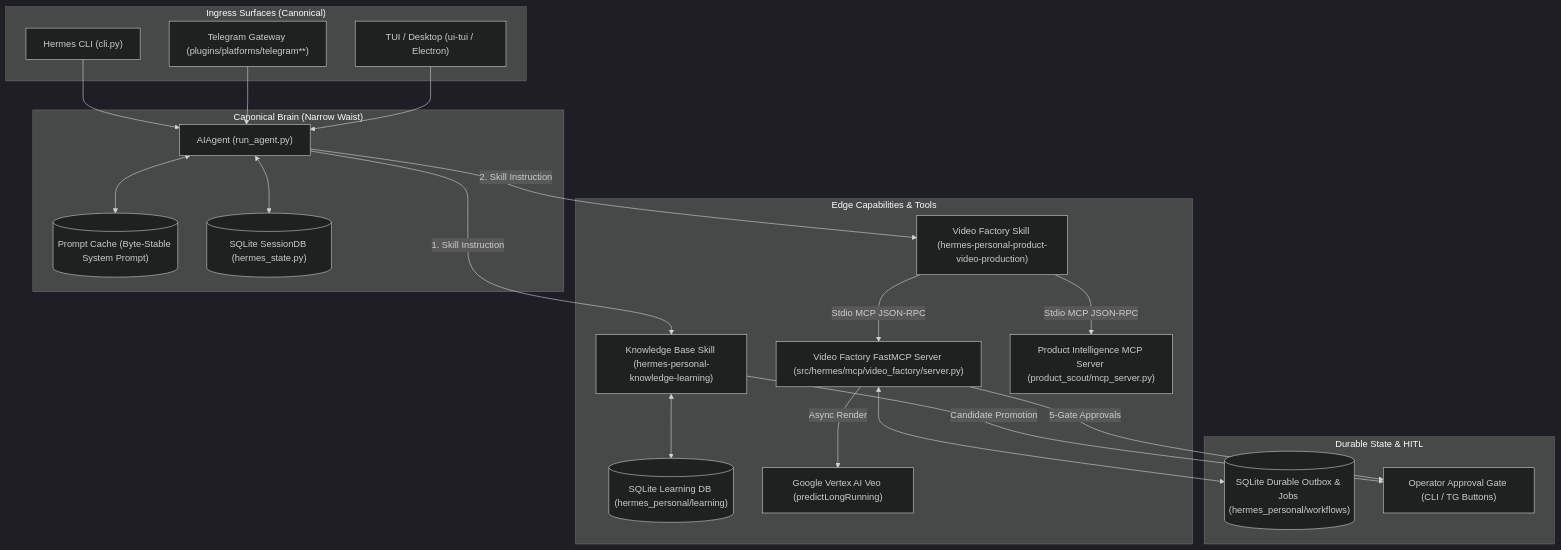
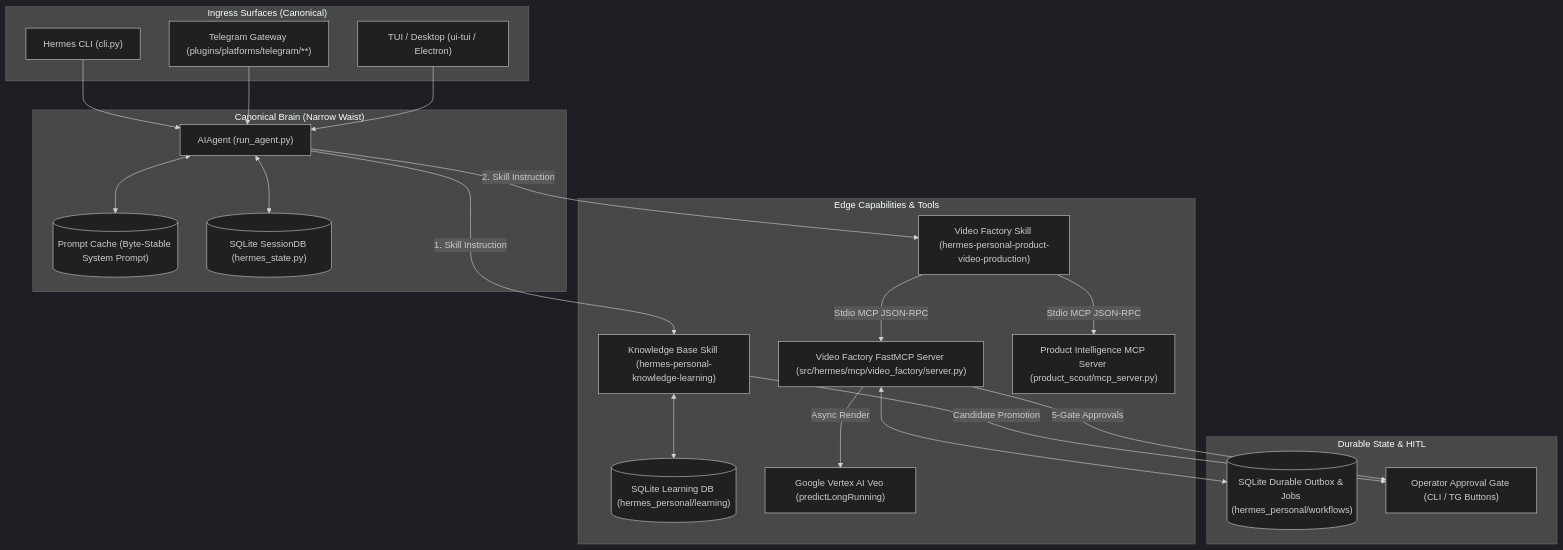
Before and after one commit to khoahuynhanh97/hermes-agent: the diagram in reports/personal-assistant-architecture/target-runtime-flow.md, drawn with Mermaid (dark theme). The commit also changed 4 other files, not shown here.

````diff
--- a/reports/personal-assistant-architecture/target-runtime-flow.md
+++ b/reports/personal-assistant-architecture/target-runtime-flow.md
@@ -10,49 +10,49 @@
 ```mermaid
 flowchart TD
     subgraph Ingress["Ingress Surfaces (Canonical)"]
         CLI["Hermes CLI (cli.py)"]
-        TG["Telegram Gateway (plugins/platforms/telegram**)"]
+        TG["Telegram Gateway (plugins/platforms/telegram/**)"]
         TUI["TUI / Desktop (ui-tui / Electron)"]
     end
 
     subgraph Core["Canonical Brain (Narrow Waist)"]
         Agent["AIAgent (run_agent.py)"]
         PromptCache[("Prompt Cache (Byte-Stable System Prompt)")]
         SessionStore[("SQLite SessionDB (hermes_state.py)")]
     end
 
     subgraph EdgeCaps["Edge Capabilities & Tools"]
         KB_Skill["Knowledge Base Skill (hermes-personal-knowledge-learning)"]
         KB_Repo[("SQLite Learning DB (hermes_personal/learning)")]
         
         VF_Skill["Video Factory Skill (hermes-personal-product-video-production)"]
         VF_MCP["Video Factory FastMCP Server (src/hermes/mcp/video_factory/server.py)"]
         PI_MCP["Product Intelligence MCP Server (product_scout/mcp_server.py)"]
         
         VertexVeo["Google Vertex AI Veo (predictLongRunning)"]
     end
 
     subgraph Durable["Durable State & HITL"]
         Workflows[("SQLite Durable Outbox & Jobs (hermes_personal/workflows)")]
         HITL["Operator Approval Gate (CLI / TG Buttons)"]
     end
 
     CLI --> Agent
     TG --> Agent
     TUI --> Agent
 
     Agent <--> PromptCache
     Agent <--> SessionStore
 
     Agent -- "1. Skill Instruction" --> KB_Skill
     KB_Skill <--> KB_Repo
     KB_Skill -- "Candidate Promotion" --> HITL
 
     Agent -- "2. Skill Instruction" --> VF_Skill
     VF_Skill -- "Stdio MCP JSON-RPC" --> VF_MCP
     VF_Skill -- "Stdio MCP JSON-RPC" --> PI_MCP
 
     VF_MCP <--> Workflows
     VF_MCP -- "5-Gate Approvals" --> HITL
     VF_MCP -- "Async Render" --> VertexVeo
 ```
````
